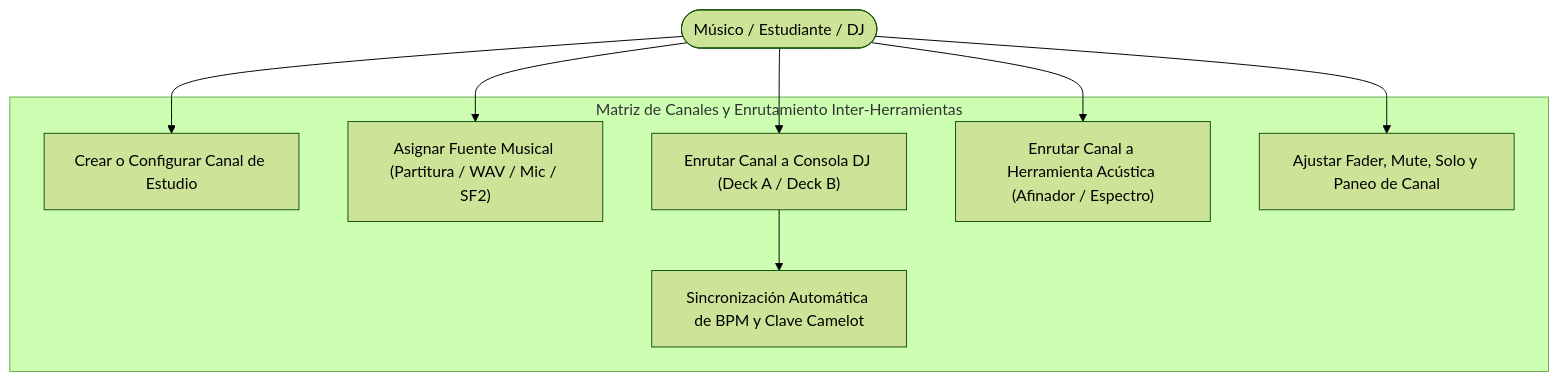
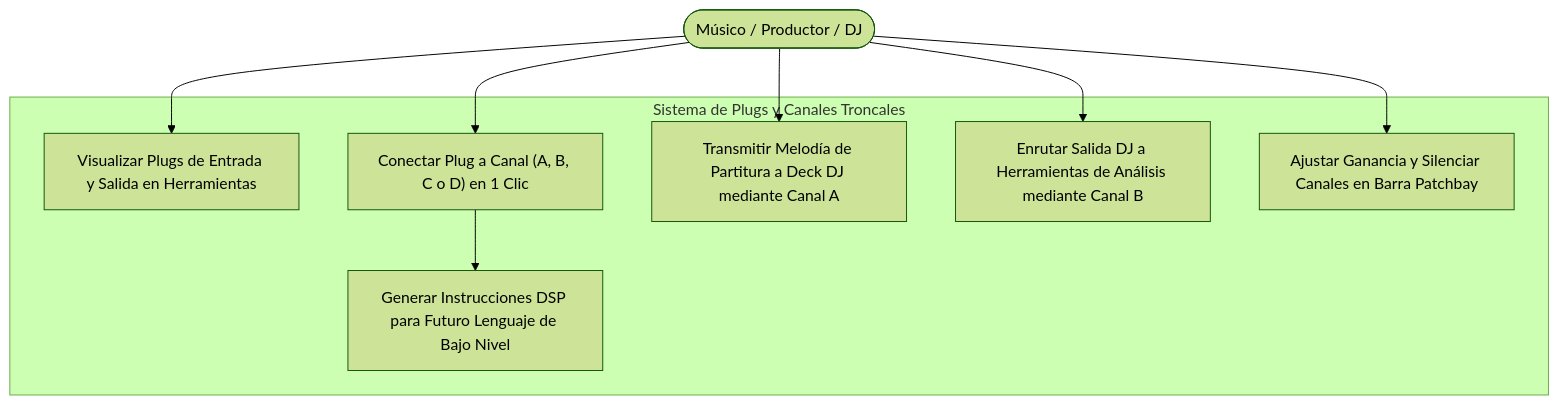
The first of 2 diagrams in docs/02_use_cases/87_uc_universal_studio_channel_matrix_and_inter_tool_audio_routing_suite.md (Nicolas11Leon/Tunner), drawn with Mermaid (forest theme) before and after one commit. The commit also changed other lines of this file and 13 other files, not shown here.

Commit message:
feat(channels): implement modular interactive plugs, trunk channels A/B/C/D and low-level DSP opcode routing (ADR 0077 & UC 87)

````diff
--- a/docs/02_use_cases/87_uc_universal_studio_channel_matrix_and_inter_tool_audio_routing_suite.md
+++ b/docs/02_use_cases/87_uc_universal_studio_channel_matrix_and_inter_tool_audio_routing_suite.md
@@ -41,20 +42,20 @@
 ```mermaid
 flowchart TD
-    User([Músico / Estudiante / DJ])
+    User([Músico / Productor / DJ])
 
-    subgraph Studio_Channel_Matrix ["Matriz de Canales y Enrutamiento Inter-Herramientas"]
-        UC87_1["Crear o Configurar Canal de Estudio"]
-        UC87_2["Asignar Fuente Musical (Partitura / WAV / Mic / SF2)"]
-        UC87_3["Enrutar Canal a Consola DJ (Deck A / Deck B)"]
-        UC87_4["Enrutar Canal a Herramienta Acústica (Afinador / Espectro)"]
-        UC87_5["Ajustar Fader, Mute, Solo y Paneo de Canal"]
-        UC87_6["Sincronización Automática de BPM y Clave Camelot"]
+    subgraph Modular_Patchbay_System ["Sistema de Plugs y Canales Troncales"]
+        UC87_1["Visualizar Plugs de Entrada y Salida en Herramientas"]
+        UC87_2["Conectar Plug a Canal (A, B, C o D) en 1 Clic"]
+        UC87_3["Transmitir Melodía de Partitura a Deck DJ mediante Canal A"]
+        UC87_4["Enrutar Salida DJ a Herramientas de Análisis mediante Canal B"]
+        UC87_5["Ajustar Ganancia y Silenciar Canales en Barra Patchbay"]
+        UC87_6["Generar Instrucciones DSP para Futuro Lenguaje de Bajo Nivel"]
     end
 
     User --> UC87_1
     User --> UC87_2
     User --> UC87_3
     User --> UC87_4
     User --> UC87_5
-    UC87_3 --> UC87_6
+    UC87_2 --> UC87_6
 ```
````
